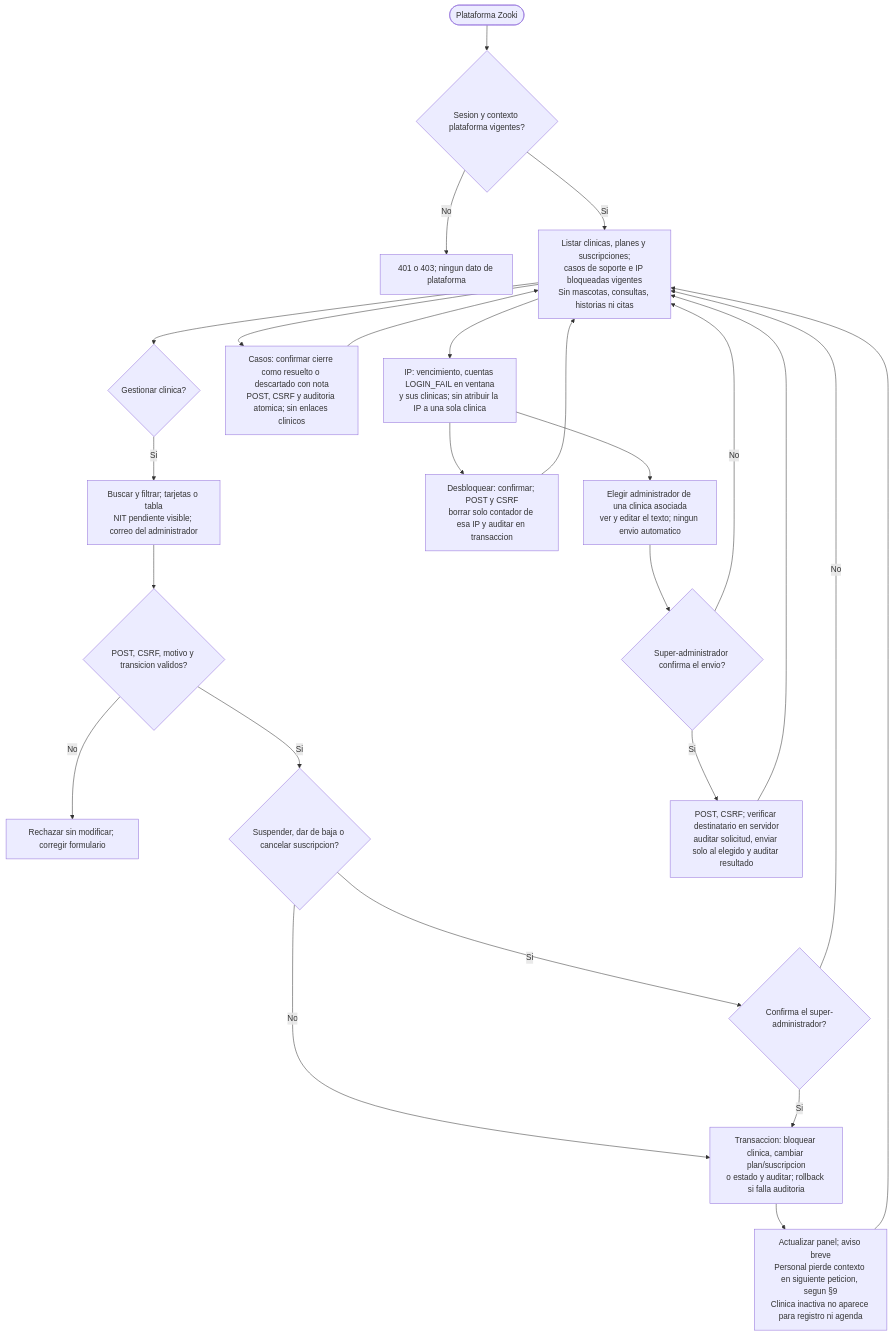
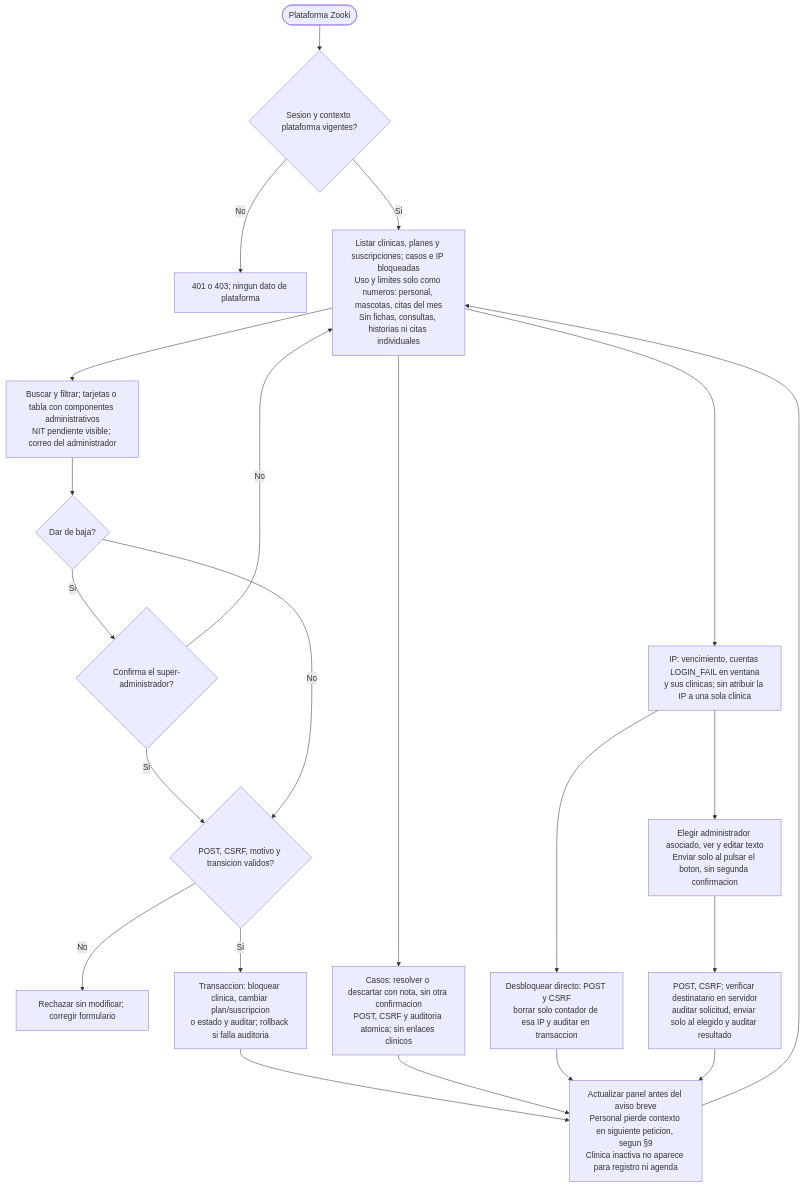
One commit to carvajal7lsch-commits/Zooki changed diagram 15 of 24 in documentacion/Modelos.md. Above: the diagram before and after it, drawn with Mermaid. The commit also changed other lines of this file and 42 other files, not shown here.

Commit message:
feat(plataforma): aplicar limites y corregir panel (HU-0.4, RE-0.1.2)

````diff
--- a/documentacion/Modelos.md
+++ b/documentacion/Modelos.md
@@ -648,27 +649,24 @@
 ```mermaid
 flowchart TD
   A([Plataforma Zooki]) --> S{"Sesion y contexto plataforma vigentes?"}
   S -- No --> DEN["401 o 403; ningun dato de plataforma"]
-  S -- Si --> L["Listar clinicas, planes y suscripciones;<br/>casos de soporte e IP bloqueadas vigentes<br/>Sin mascotas, consultas, historias ni citas"]
-  L --> C{"Gestionar clinica?"}
-  C -- Si --> F["Buscar y filtrar; tarjetas o tabla<br/>NIT pendiente visible; correo del administrador"]
-  F --> M{"POST, CSRF, motivo y transicion validos?"}
+  S -- Si --> L["Listar clinicas, planes y suscripciones; casos e IP bloqueadas<br/>Uso y limites solo como numeros: personal, mascotas, citas del mes<br/>Sin fichas, consultas, historias ni citas individuales"]
+  L --> F["Buscar y filtrar; tarjetas o tabla con componentes administrativos<br/>NIT pendiente visible; correo del administrador"]
+  F --> CONF{"Dar de baja?"}
+  CONF -- Si --> Q{"Confirma el super-administrador?"}
+  Q -- No --> L
+  Q -- Si --> M
+  CONF -- No --> M{"POST, CSRF, motivo y transicion validos?"}
   M -- No --> ERR["Rechazar sin modificar; corregir formulario"]
-  M -- Si --> CONF{"Suspender, dar de baja o cancelar suscripcion?"}
-  CONF -- Si --> Q{"Confirma el super-administrador?"}
-  CONF -- No --> TX
-  Q -- No --> L
-  Q -- Si --> TX["Transaccion: bloquear clinica, cambiar plan/suscripcion<br/>o estado y auditar; rollback si falla auditoria"]
-  TX --> R["Actualizar panel; aviso breve<br/>Personal pierde contexto en siguiente peticion, segun §9<br/>Clinica inactiva no aparece para registro ni agenda"]
-  L --> CAS["Casos: confirmar cierre como resuelto o descartado con nota<br/>POST, CSRF y auditoria atomica; sin enlaces clinicos"]
+  M -- Si --> TX["Transaccion: bloquear clinica, cambiar plan/suscripcion<br/>o estado y auditar; rollback si falla auditoria"]
+  TX --> R["Actualizar panel antes del aviso breve<br/>Personal pierde contexto en siguiente peticion, segun §9<br/>Clinica inactiva no aparece para registro ni agenda"]
+  L --> CAS["Casos: resolver o descartar con nota, sin otra confirmacion<br/>POST, CSRF y auditoria atomica; sin enlaces clinicos"]
   L --> IP["IP: vencimiento, cuentas LOGIN_FAIL en ventana<br/>y sus clinicas; sin atribuir la IP a una sola clinica"]
-  IP --> DES["Desbloquear: confirmar; POST y CSRF<br/>borrar solo contador de esa IP y auditar en transaccion"]
-  IP --> AV["Elegir administrador de una clinica asociada<br/>ver y editar el texto; ningun envio automatico"]
-  AV --> ENV{"Super-administrador confirma el envio?"}
-  ENV -- No --> L
-  ENV -- Si --> VAL["POST, CSRF; verificar destinatario en servidor<br/>auditar solicitud, enviar solo al elegido y auditar resultado"]
-  CAS --> L
-  DES --> L
-  VAL --> L
+  IP --> DES["Desbloquear directo: POST y CSRF<br/>borrar solo contador de esa IP y auditar en transaccion"]
+  IP --> AV["Elegir administrador asociado, ver y editar texto<br/>Enviar solo al pulsar el boton, sin segunda confirmacion"]
+  AV --> VAL["POST, CSRF; verificar destinatario en servidor<br/>auditar solicitud, enviar solo al elegido y auditar resultado"]
+  CAS --> R
+  DES --> R
+  VAL --> R
   R --> L
 ```
````
